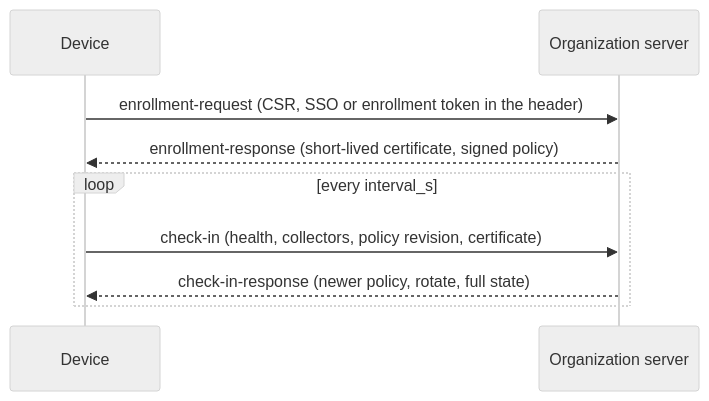
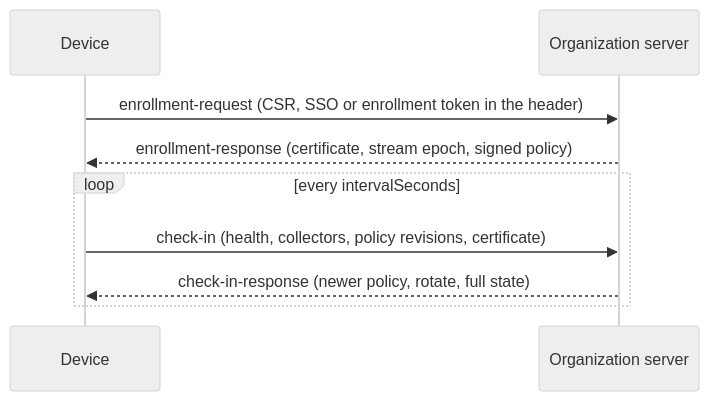
One commit to passioncode-ai/fabric-agent-contract changed the diagram in docs/specification/devices.md. Above: the diagram before and after it, drawn with Mermaid (neutral theme). The commit also changed other lines of this file and 105 other files, not shown here.

````diff
--- a/docs/specification/devices.md
+++ b/docs/specification/devices.md
@@ -21,11 +30,11 @@
 ```mermaid
 sequenceDiagram
   participant D as Device
   participant S as Organization server
   D->>S: enrollment-request (CSR, SSO or enrollment token in the header)
-  S-->>D: enrollment-response (short-lived certificate, signed policy)
-  loop every interval_s
-    D->>S: check-in (health, collectors, policy revision, certificate)
+  S-->>D: enrollment-response (certificate, stream epoch, signed policy)
+  loop every intervalSeconds
+    D->>S: check-in (health, collectors, policy revisions, certificate)
     S-->>D: check-in-response (newer policy, rotate, full state)
   end
 ```
````
